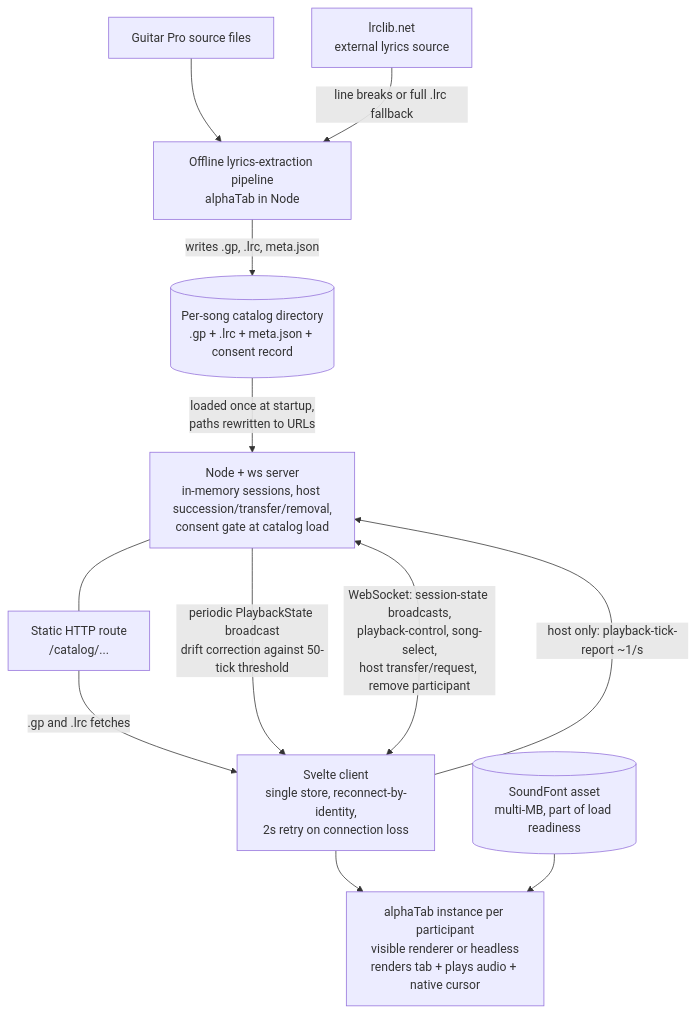
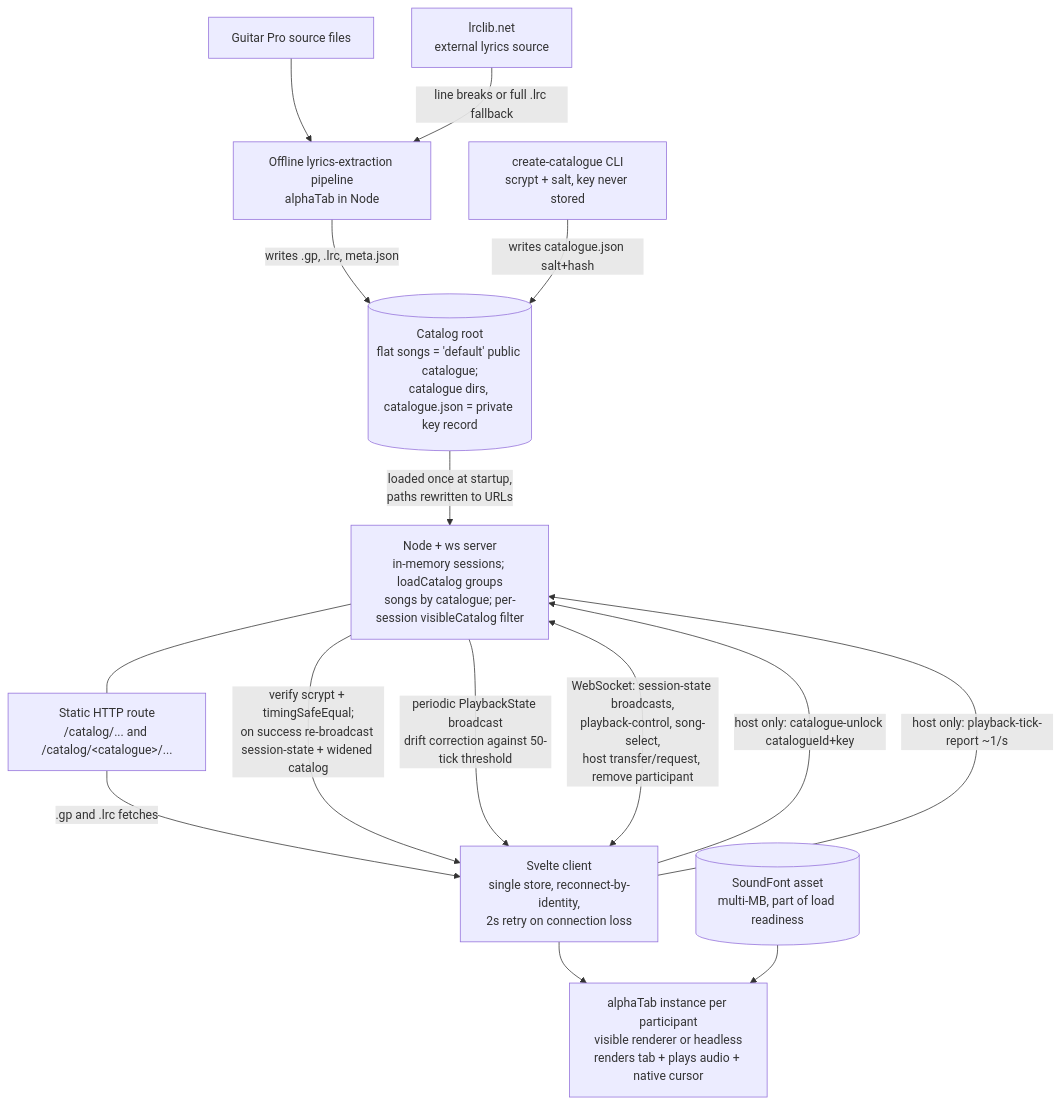
Before and after one commit to kinda-bad/sync-tab-scroll: the second of 3 diagrams in README.md, drawn with Mermaid. The commit also changed other lines of this file and 3 other files, not shown here.

First line of the commit message:
docs(readme): re-render datamodel/infrastructure/ui diagrams for catalogue access

````diff
--- a/README.md
+++ b/README.md
@@ -249,24 +265,28 @@
 ```mermaid
 graph TD
     GP[Guitar Pro source files]
     Lrclib[lrclib.net<br/>external lyrics source]
     Pipeline[Offline lyrics-extraction pipeline<br/>alphaTab in Node]
-    Catalog[(Per-song catalog directory<br/>.gp + .lrc + meta.json + consent record)]
-    Server[Node + ws server<br/>in-memory sessions, host succession/transfer/removal,<br/>consent gate at catalog load]
-    HTTP[Static HTTP route<br/>/catalog/...]
+    CreateCat[create-catalogue CLI<br/>scrypt + salt, key never stored]
+    Catalog[(Catalog root<br/>flat songs = 'default' public catalogue;<br/>catalogue dirs, catalogue.json = private key record)]
+    Server[Node + ws server<br/>in-memory sessions; loadCatalog groups<br/>songs by catalogue; per-session visibleCatalog filter]
+    HTTP[Static HTTP route<br/>/catalog/... and /catalog/&lt;catalogue&gt;/...]
     Client[Svelte client<br/>single store, reconnect-by-identity,<br/>2s retry on connection loss]
     AlphaTab[alphaTab instance per participant<br/>visible renderer or headless<br/>renders tab + plays audio + native cursor]
     SoundFont[(SoundFont asset<br/>multi-MB, part of load readiness)]
 
     GP --> Pipeline
     Lrclib -->|line breaks or full .lrc fallback| Pipeline
     Pipeline -->|writes .gp, .lrc, meta.json| Catalog
+    CreateCat -->|writes catalogue.json salt+hash| Catalog
     Catalog -->|loaded once at startup,<br/>paths rewritten to URLs| Server
     Server --- HTTP
     HTTP -->|.gp and .lrc fetches| Client
     Client <-->|WebSocket: session-state broadcasts,<br/>playback-control, song-select,<br/>host transfer/request, remove participant| Server
+    Client -->|host only: catalogue-unlock catalogueId+key| Server
+    Server -->|verify scrypt + timingSafeEqual;<br/>on success re-broadcast session-state + widened catalog| Client
     Client -->|host only: playback-tick-report ~1/s| Server
     Server -->|periodic PlaybackState broadcast<br/>drift correction against 50-tick threshold| Client
     Client --> AlphaTab
     SoundFont --> AlphaTab
 ```
````
